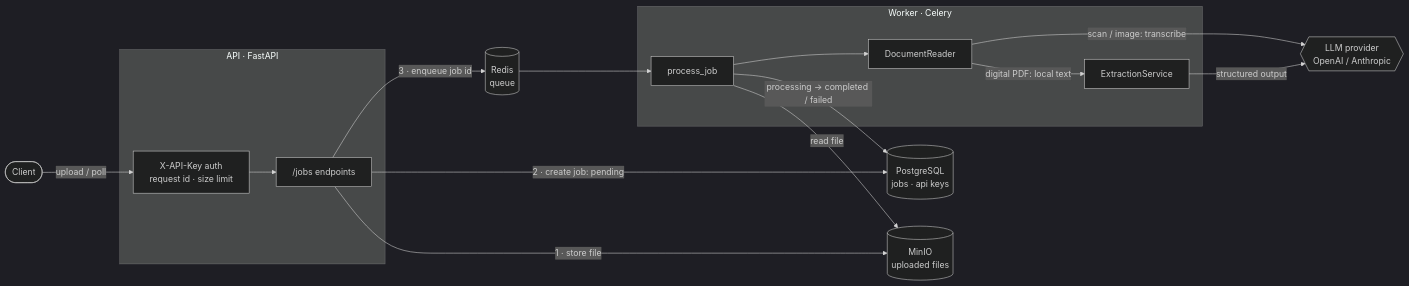
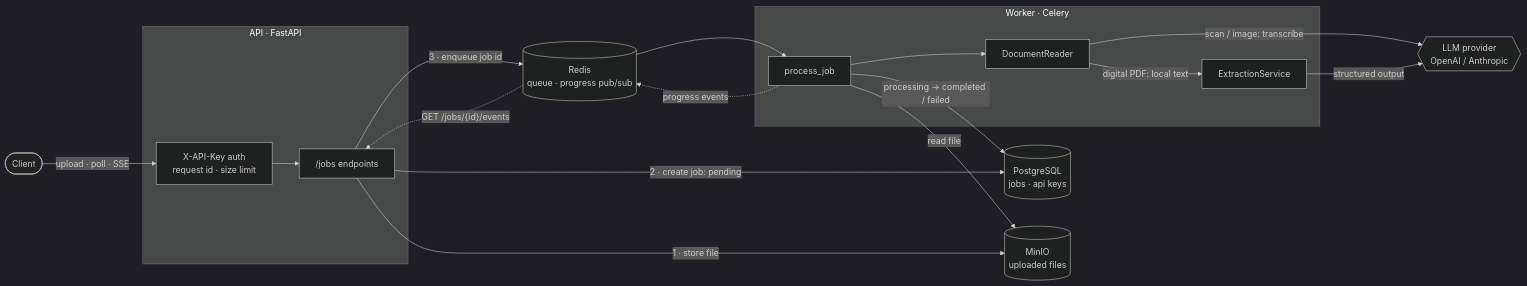
The first of 2 diagrams in README.md (faermandev/docparse-api), drawn with Mermaid (dark theme) before and after one commit. The commit also changed other lines of this file and 12 other files, not shown here.

Commit message:
feat: stream live job progress over SSE via Redis pub/sub

````diff
--- a/README.md
+++ b/README.md
@@ -19,32 +19,34 @@
 ```mermaid
 flowchart LR
     client([Client])
 
     subgraph api [API · FastAPI]
         auth[X-API-Key auth<br/>request id · size limit]
         routes["/jobs endpoints"]
     end
 
     subgraph worker [Worker · Celery]
         task[process_job]
         reader[DocumentReader]
         extractor[ExtractionService]
     end
 
     pg[(PostgreSQL<br/>jobs · api keys)]
-    redis[(Redis<br/>queue)]
+    redis[(Redis<br/>queue · progress pub/sub)]
     minio[(MinIO<br/>uploaded files)]
     llm{{LLM provider<br/>OpenAI / Anthropic}}
 
-    client -->|upload / poll| auth --> routes
+    client -->|upload · poll · SSE| auth --> routes
     routes -->|1 · store file| minio
     routes -->|2 · create job: pending| pg
     routes -->|3 · enqueue job id| redis
     redis --> task
     task -->|read file| minio
     task --> reader
     reader -->|digital PDF: local text| extractor
     reader -->|scan / image: transcribe| llm
     extractor -->|structured output| llm
     task -->|processing → completed / failed| pg
+    task -.->|progress events| redis
+    redis -.->|"GET /jobs/{id}/events"| routes
 ```
````
